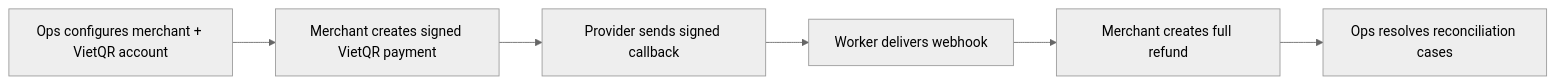
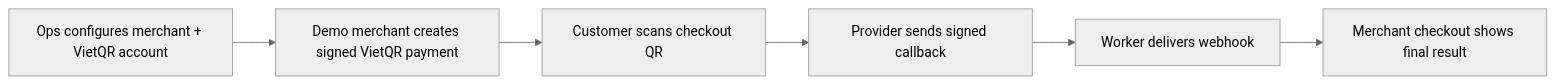
Before and after one commit to biabeogo147/mini-payment-gateway: the diagram in README.md, drawn with Mermaid (neutral theme). The commit also changed other lines of this file and 38 other files, not shown here.

Commit message:
docs: document end-to-end VietQR demo

````diff
--- a/README.md
+++ b/README.md
@@ -64,11 +69,11 @@
 ```mermaid
 flowchart LR
     Ops["Ops configures merchant + VietQR account"]
-    Merchant["Merchant creates signed VietQR payment"]
+    Merchant["Demo merchant creates signed VietQR payment"]
+    Customer["Customer scans checkout QR"]
     Provider["Provider sends signed callback"]
     Webhook["Worker delivers webhook"]
-    Refund["Merchant creates full refund"]
-    Reconcile["Ops resolves reconciliation cases"]
+    Result["Merchant checkout shows final result"]
 
-    Ops --> Merchant --> Provider --> Webhook --> Refund --> Reconcile
+    Ops --> Merchant --> Customer --> Provider --> Webhook --> Result
 ```
````
